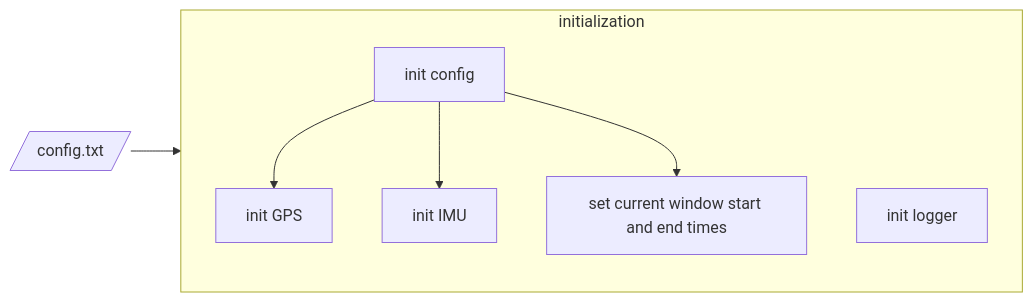
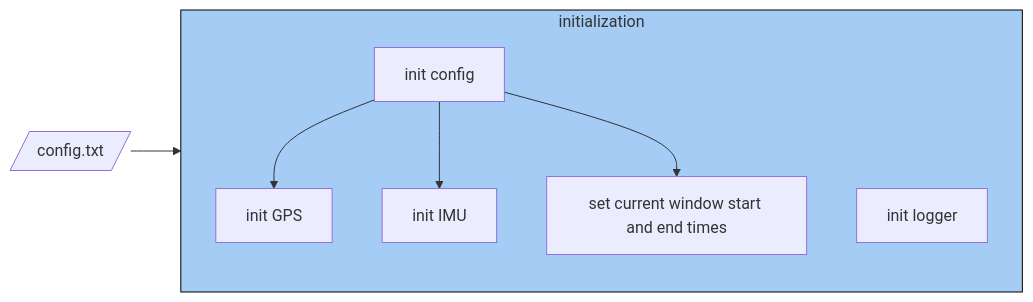
The fourth of 7 diagrams in doc/Design.md (SASlabgroup/microSWIFT), drawn with Mermaid before and after one commit. The commit also changed other lines of this file, not shown here.

````diff
--- a/doc/Design.md
+++ b/doc/Design.md
@@ -134,9 +143,13 @@
 ```mermaid
 flowchart LR
     user_config[/config.txt/]-->config["init config"];
     subgraph initialization
         direction TB
         logger["init logger"]
         config-->gps["init GPS"] & imu["init IMU"] & set_time["set current window start and end times"];
     end
+
+    classDef blue fill:#a4ccf5,stroke:#000000,stroke-width:1px
+    class initialization blue
+
 ```
````
